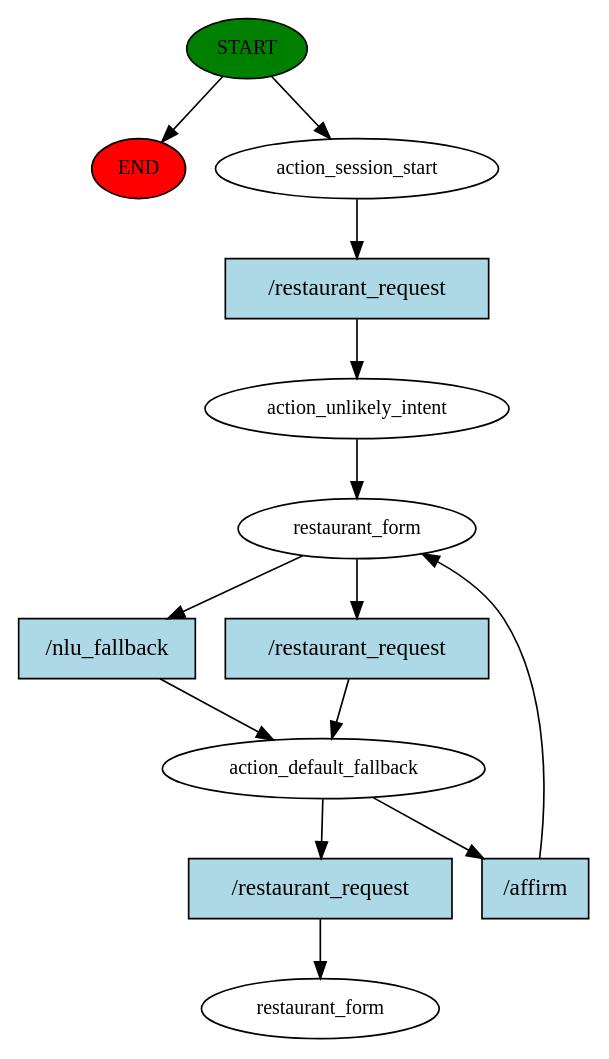
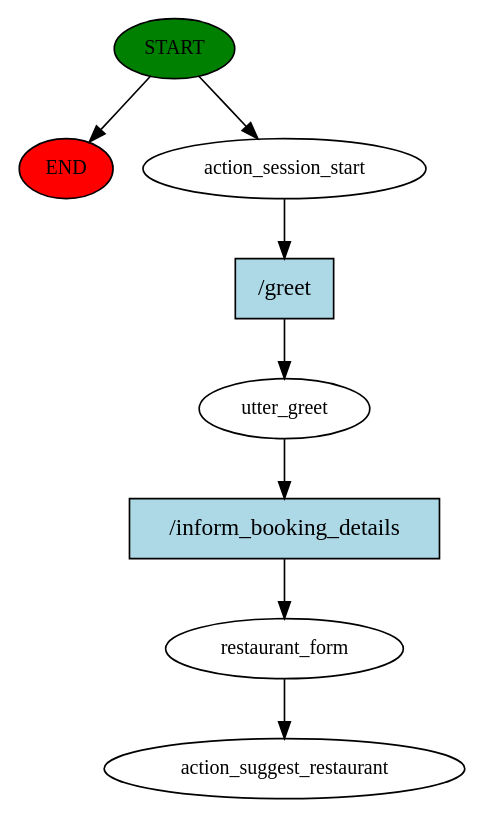
The diagram in story_graph.dot (JasminDenise/voiceAssistantAlice), drawn with Graphviz before and after one commit. The commit also changed 74 other files, not shown here.

```diff
--- a/story_graph.dot
+++ b/story_graph.dot
@@ -1,27 +1,17 @@
 digraph  {
 0 [class="start active", fillcolor=green, fontsize=12, label=START, style=filled];
 "-1" [class=end, fillcolor=red, fontsize=12, label=END, style=filled];
 1 [class=active, fontsize=12, label=action_session_start];
-2 [class=active, fontsize=12, label=action_unlikely_intent];
+2 [class=active, fontsize=12, label=utter_greet];
 3 [class=active, fontsize=12, label=restaurant_form];
-4 [class=active, fontsize=12, label=action_default_fallback];
-7 [class="dashed active", fontsize=12, label=restaurant_form];
-8 [class="intent active", fillcolor=lightblue, label="/restaurant_request", shape=rect, style=filled];
-9 [class="intent active", fillcolor=lightblue, label="/nlu_fallback", shape=rect, style=filled];
-10 [class="intent active", fillcolor=lightblue, label="/restaurant_request", shape=rect, style=filled];
-11 [class="intent active", fillcolor=lightblue, label="/affirm", shape=rect, style=filled];
-12 [class="intent active", fillcolor=lightblue, label="/restaurant_request", shape=rect, style=filled];
+4 [class="dashed active", fontsize=12, label=action_suggest_restaurant];
+5 [class="intent active", fillcolor=lightblue, label="/greet", shape=rect, style=filled];
+6 [class="intent active", fillcolor=lightblue, label="/inform_booking_details", shape=rect, style=filled];
 0 -> "-1"  [class="", key=NONE, label=""];
 0 -> 1  [class=active, key=NONE, label=""];
-1 -> 8  [class=active, key=0];
-2 -> 3  [class=active, key=NONE, label=""];
-3 -> 9  [class=active, key=0];
-3 -> 10  [class=active, key=0];
-4 -> 11  [class=active, key=0];
-4 -> 12  [class=active, key=0];
-8 -> 2  [class=active, key=0];
-9 -> 4  [class=active, key=0];
-10 -> 4  [class=active, key=0];
-11 -> 3  [class=active, key=0];
-12 -> 7  [class=active, key=0];
+1 -> 5  [class=active, key=0];
+2 -> 6  [class=active, key=0];
+3 -> 4  [class=active, key=NONE, label=""];
+5 -> 2  [class=active, key=0];
+6 -> 3  [class=active, key=0];
 }
```
